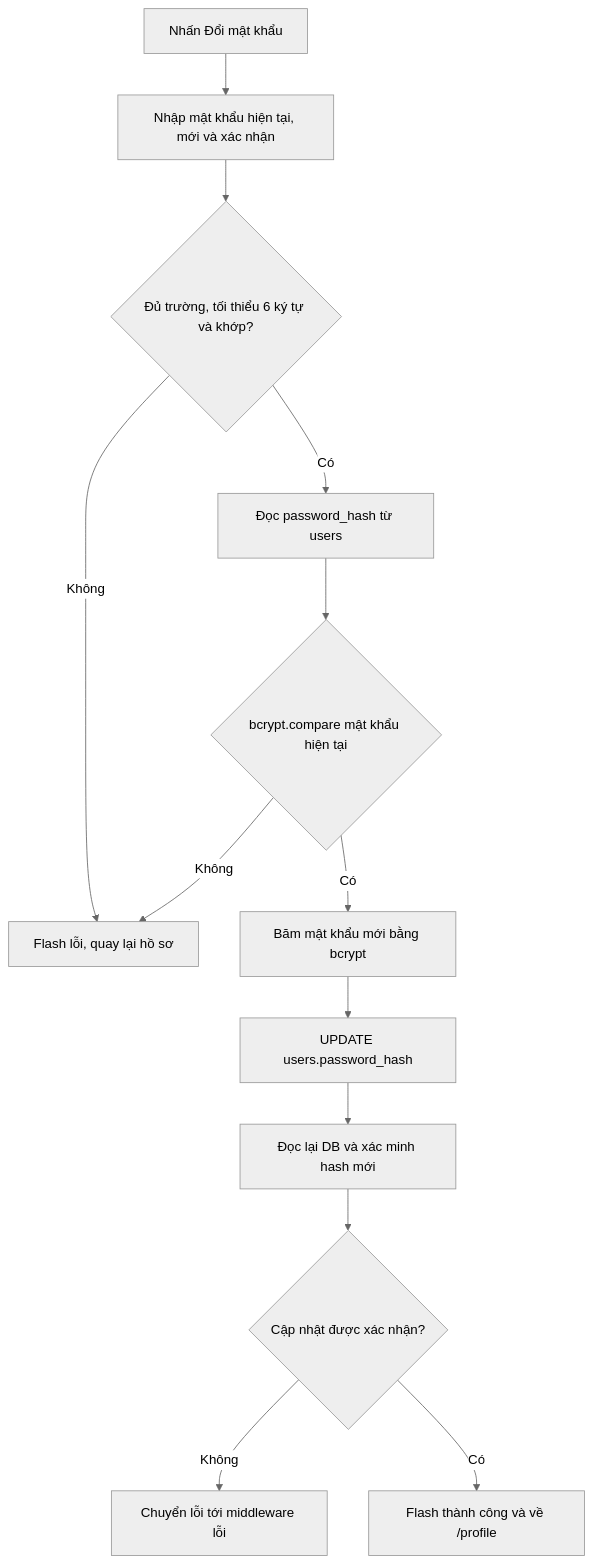
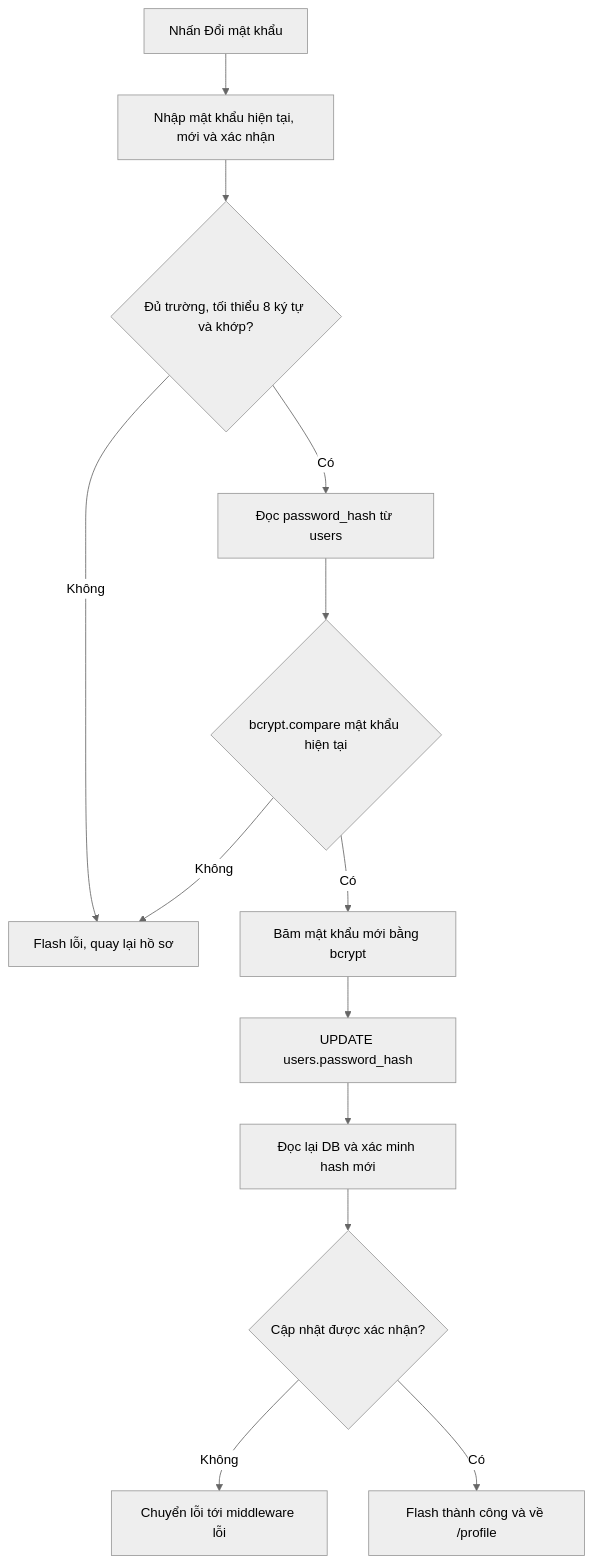
One commit to nguyentrong-thai/PTDACNTT changed the first of 3 diagrams in dac-ta-he-thong-electroshop.md. Above: the diagram before and after it, drawn with Mermaid (neutral theme). The commit also changed other lines of this file and 32 other files, not shown here.

````diff
--- a/dac-ta-he-thong-electroshop.md
+++ b/dac-ta-he-thong-electroshop.md
@@ -267,15 +267,15 @@
 ```mermaid
 flowchart TD
     A[Nhấn Đổi mật khẩu] --> B[Nhập mật khẩu hiện tại, mới và xác nhận]
-    B --> C{Đủ trường, tối thiểu 6 ký tự và khớp?}
+    B --> C{Đủ trường, tối thiểu 8 ký tự và khớp?}
     C -- Không --> D[Flash lỗi, quay lại hồ sơ]
     C -- Có --> E[Đọc password_hash từ users]
     E --> F{bcrypt.compare mật khẩu hiện tại}
     F -- Không --> D
     F -- Có --> G[Băm mật khẩu mới bằng bcrypt]
     G --> H[UPDATE users.password_hash]
     H --> I[Đọc lại DB và xác minh hash mới]
     I --> J{Cập nhật được xác nhận?}
     J -- Không --> K[Chuyển lỗi tới middleware lỗi]
     J -- Có --> L[Flash thành công và về /profile]
 ```
````
